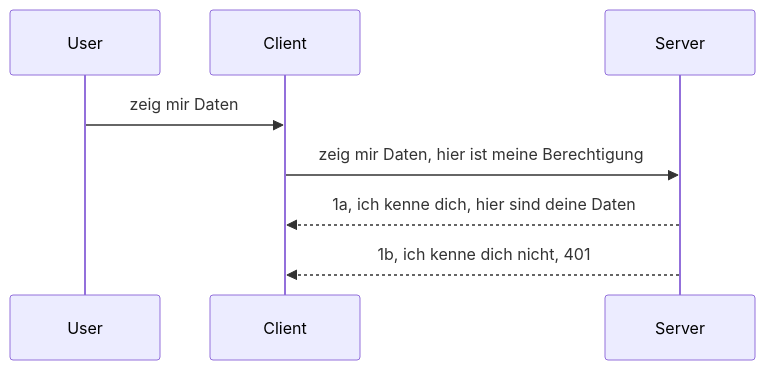
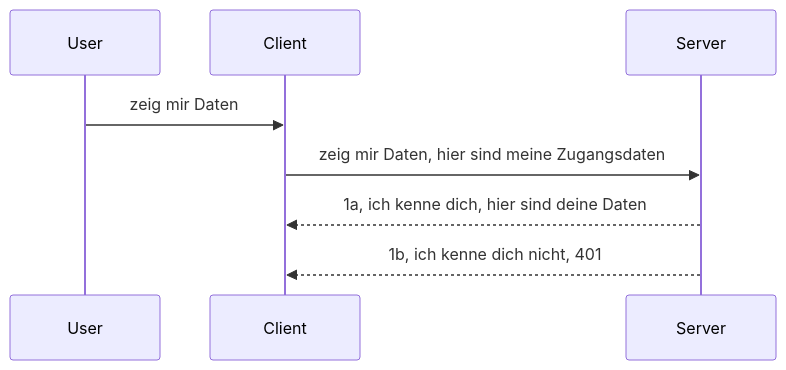
The diagram in mcp_ecosystem__model_context_protocol/mcp_learning_resources/mcp-for-beginners/translations/de/03-GettingStarted/11-simple-auth/README.md (HIDORAKAI002/ai-workspace-archive), drawn with Mermaid before and after one commit. The commit also changed other lines of this file and 1160 other files, not shown here.

````diff
--- a/mcp_ecosystem__model_context_protocol/mcp_learning_resources/mcp-for-beginners/translations/de/03-GettingStarted/11-simple-auth/README.md
+++ b/mcp_ecosystem__model_context_protocol/mcp_learning_resources/mcp-for-beginners/translations/de/03-GettingStarted/11-simple-auth/README.md
@@ -24,11 +24,11 @@
 ```mermaid
 sequenceDiagram
    participant User
    participant Client
    participant Server
 
    User->>Client: zeig mir Daten
-   Client->>Server: zeig mir Daten, hier ist meine Berechtigung
+   Client->>Server: zeig mir Daten, hier sind meine Zugangsdaten
    Server-->>Client: 1a, ich kenne dich, hier sind deine Daten
    Server-->>Client: 1b, ich kenne dich nicht, 401 
 ```
````
